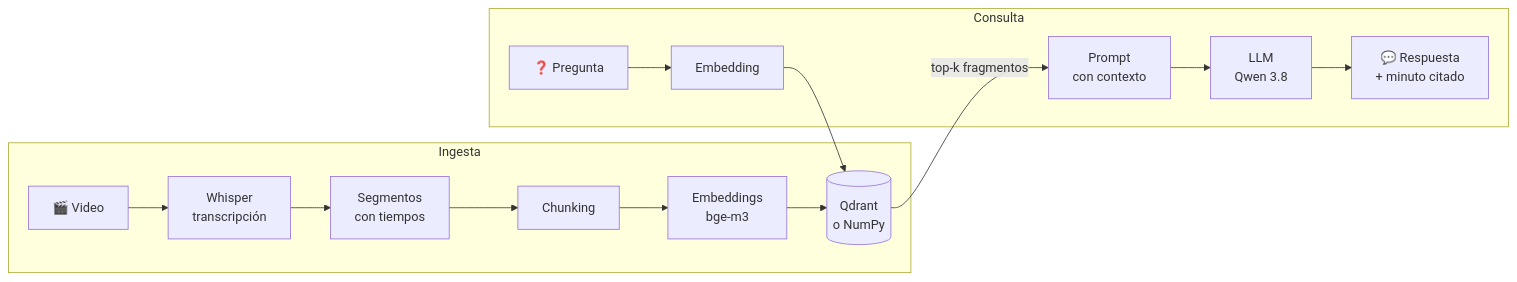
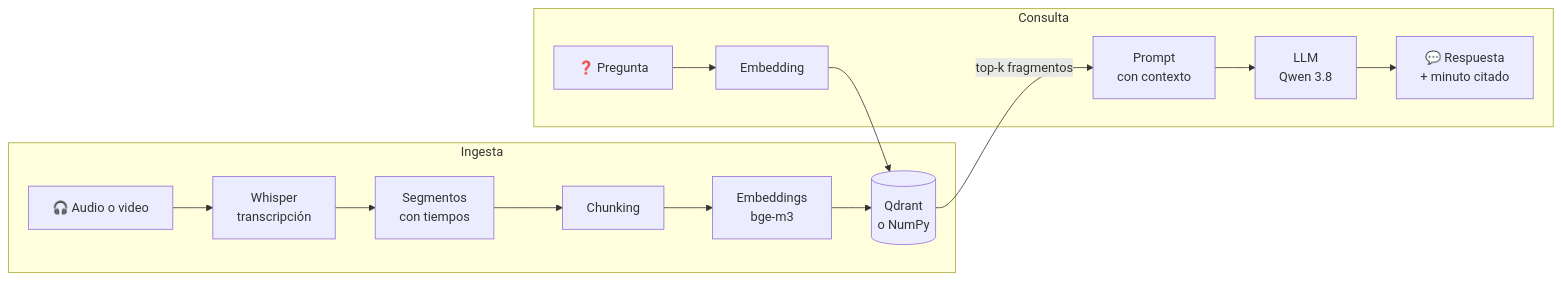
Before and after one commit to gersonmontenegro/ia-que-escucha: the diagram in README.md, drawn with Mermaid. The commit also changed other lines of this file and 10 other files, not shown here.

````diff
--- a/README.md
+++ b/README.md
@@ -7,17 +7,17 @@
 ```mermaid
 flowchart LR
     subgraph Ingesta
-        V[🎬 Video] --> W[Whisper<br/>transcripción]
+        V[🎧 Audio o video] --> W[Whisper<br/>transcripción]
         W --> S[Segmentos<br/>con tiempos]
         S --> C[Chunking]
         C --> E1[Embeddings<br/>bge-m3]
         E1 --> DB[(Qdrant<br/>o NumPy)]
     end
     subgraph Consulta
         Q[❓ Pregunta] --> E2[Embedding]
         E2 --> DB
         DB -->|top-k fragmentos| P[Prompt<br/>con contexto]
         P --> L[LLM<br/>Qwen 3.8]
         L --> R[💬 Respuesta<br/>+ minuto citado]
     end
 ```
````
